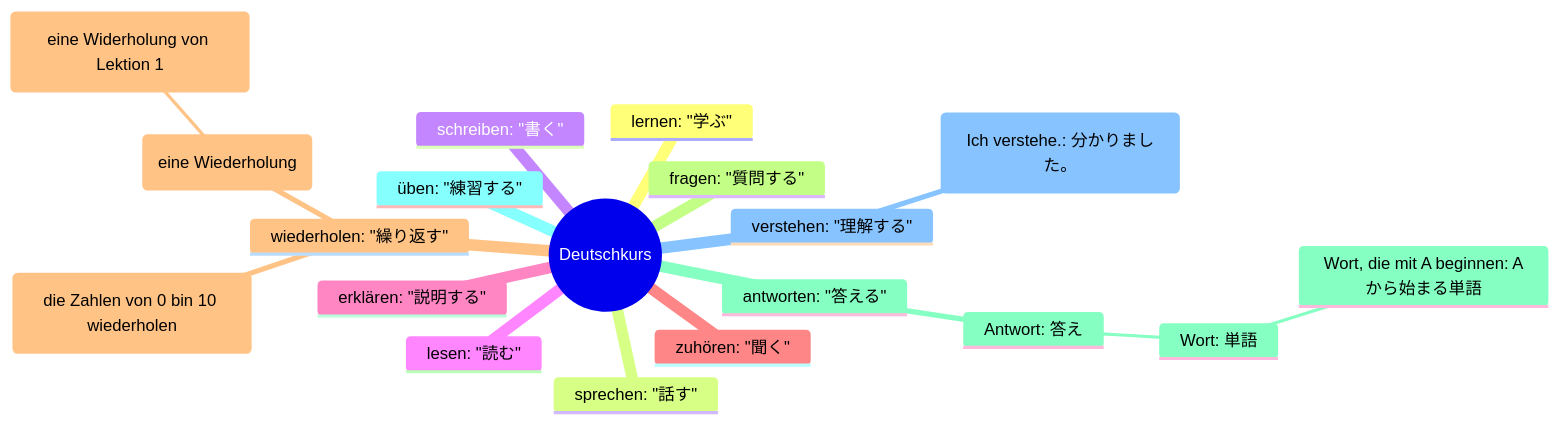
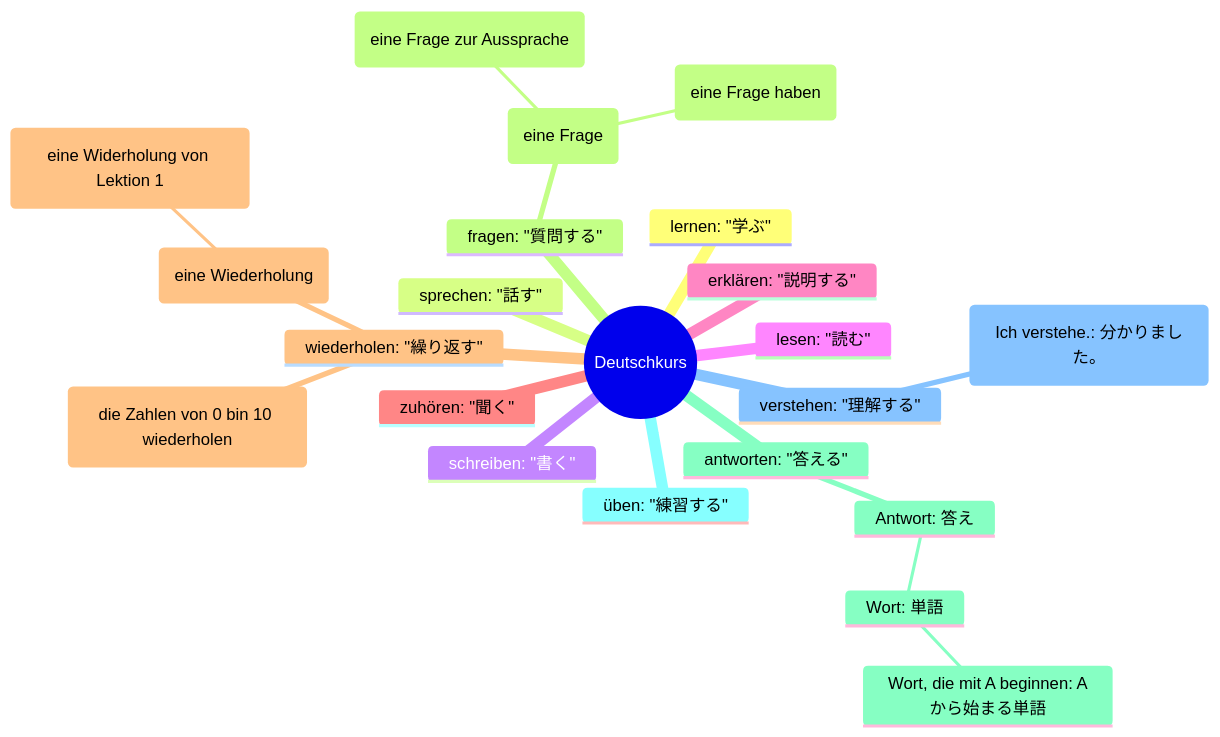
The second of 7 diagrams in Dutesch/deutsch.md (hyonsoku/mindmap), drawn with Mermaid before and after one commit. The commit also changed other lines of this file, not shown here.

````diff
--- a/Dutesch/deutsch.md
+++ b/Dutesch/deutsch.md
@@ -13,22 +13,25 @@
 ```mermaid
 mindmap
   root((Deutschkurs)
     lernen: "学ぶ"
     sprechen: "話す"
     schreiben: "書く"
     lesen: "読む"
     erklären: "説明する"
     zuhören: "聞く"
     wiederholen: "繰り返す"
         (die Zahlen von 0 bin 10 wiederholen)
         (eine Wiederholung)
             (eine Widerholung von Lektion 1)
     fragen: "質問する"
+        (eine Frage)
+            (eine Frage zur Aussprache)
+            (eine Frage haben)
     antworten: "答える"
         Antwort: 答え
             Wort: 単語
                 Wort, die mit A beginnen: Aから始まる単語
     üben: "練習する"
     verstehen: "理解する"
         (Ich verstehe.: 分かりました。)
 ```
````
